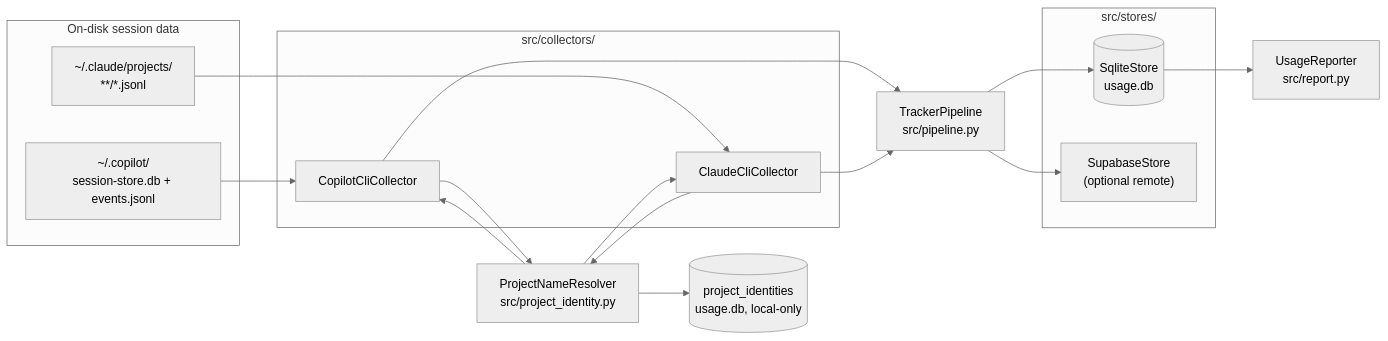
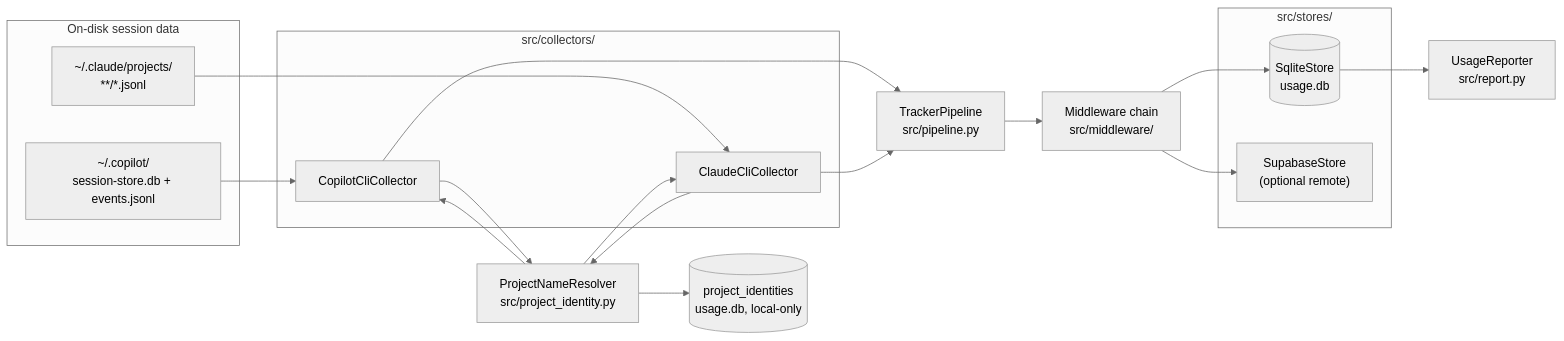
The first of 4 diagrams in docs/ARCHITECTURE.md (rbipin/TokenTrace), drawn with Mermaid (neutral theme) before and after one commit. The commit also changed other lines of this file and 30 other files, not shown here.

````diff
--- a/docs/ARCHITECTURE.md
+++ b/docs/ARCHITECTURE.md
@@ -18,36 +32,38 @@
 ```mermaid
 flowchart LR
     subgraph Sources["On-disk session data"]
         CP["~/.copilot/<br/>session-store.db + events.jsonl"]
         CL["~/.claude/projects/<br/>**/*.jsonl"]
     end
 
     subgraph Collectors["src/collectors/"]
         C1[CopilotCliCollector]
         C2[ClaudeCliCollector]
     end
 
     PR["ProjectNameResolver<br/>src/project_identity.py"]
     PI[("project_identities<br/>usage.db, local-only")]
     P["TrackerPipeline<br/>src/pipeline.py"]
+    MW["Middleware chain<br/>src/middleware/"]
 
     subgraph Stores["src/stores/"]
         S1[("SqliteStore<br/>usage.db")]
         S2["SupabaseStore<br/>(optional remote)"]
     end
 
     R["UsageReporter<br/>src/report.py"]
 
     CP --> C1
     CL --> C2
     C1 --> PR
     C2 --> PR
     PR --> PI
     PR --> C1
     PR --> C2
     C1 --> P
     C2 --> P
-    P --> S1
-    P --> S2
+    P --> MW
+    MW --> S1
+    MW --> S2
     S1 --> R
 ```
````
